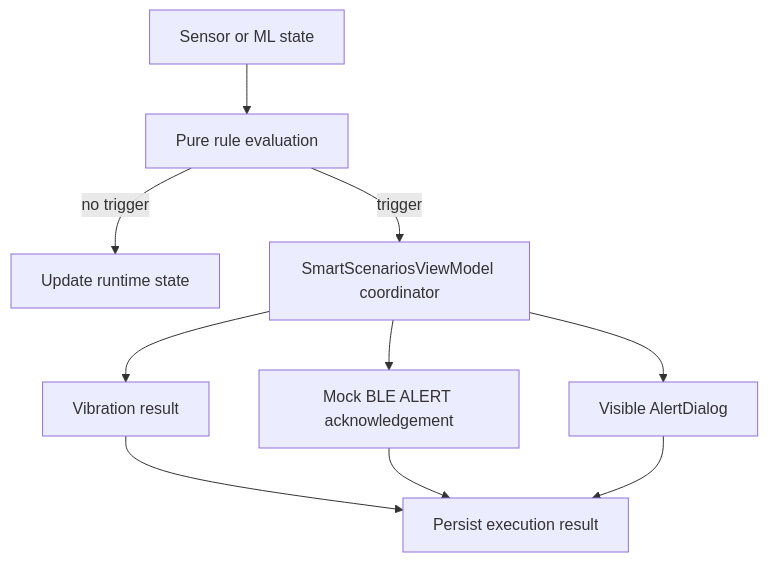
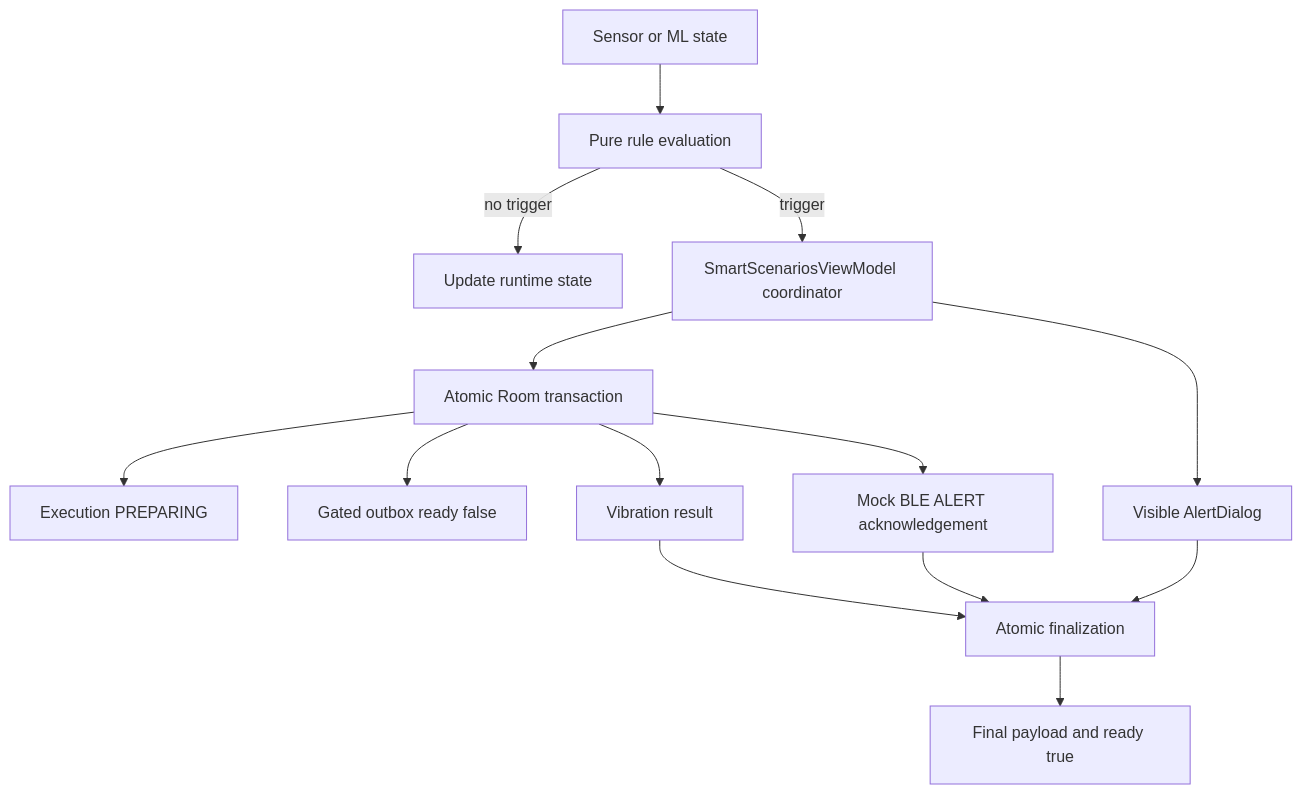
Before and after one commit to Eclipse-XS/SleepTrackerSimulator: the diagram in docs/diagrams/lab7/04_alert_processing.mmd, drawn with Mermaid. The commit also changed 36 other files, not shown here.

```diff
--- a/docs/diagrams/lab7/04_alert_processing.mmd
+++ b/docs/diagrams/lab7/04_alert_processing.mmd
@@ -1,10 +1,14 @@
 flowchart TD
   I[Sensor or ML state] --> E[Pure rule evaluation]
   E -->|no trigger| N[Update runtime state]
   E -->|trigger| C[SmartScenariosViewModel coordinator]
-  C --> A[Vibration result]
-  C --> B[Mock BLE ALERT acknowledgement]
+  C --> T[Atomic Room transaction]
+  T --> X[Execution PREPARING]
+  T --> O[Gated outbox ready false]
+  T --> A[Vibration result]
+  T --> B[Mock BLE ALERT acknowledgement]
   C --> V[Visible AlertDialog]
-  A --> R[Persist execution result]
+  A --> R[Atomic finalization]
   B --> R
   V --> R
+  R --> F[Final payload and ready true]
```
